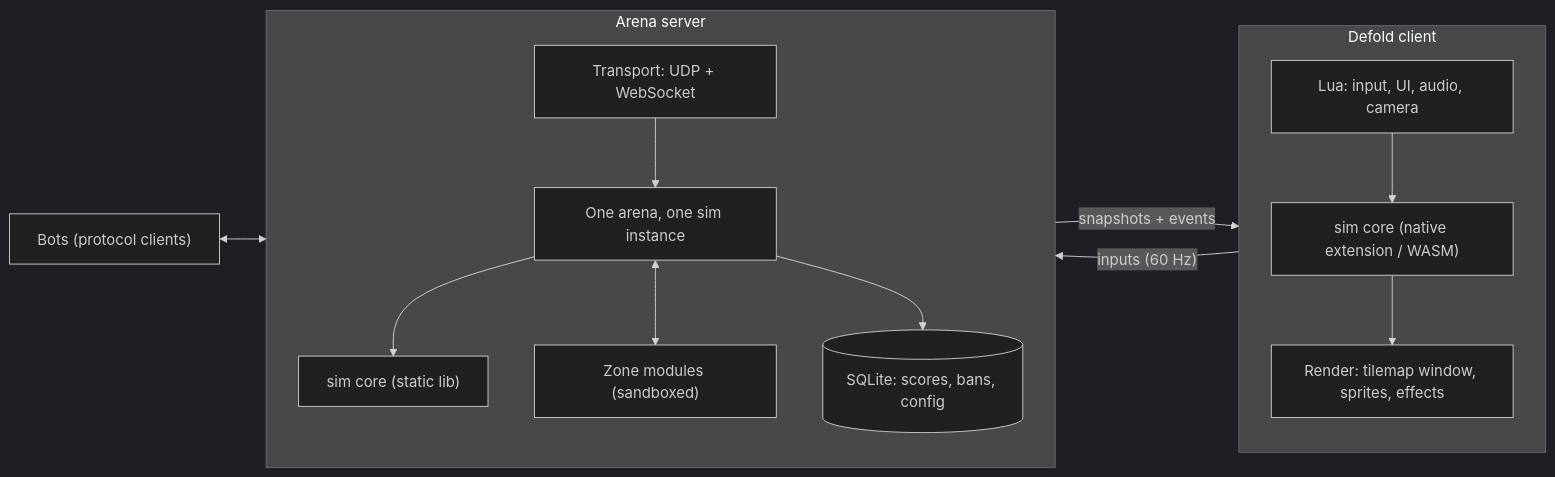
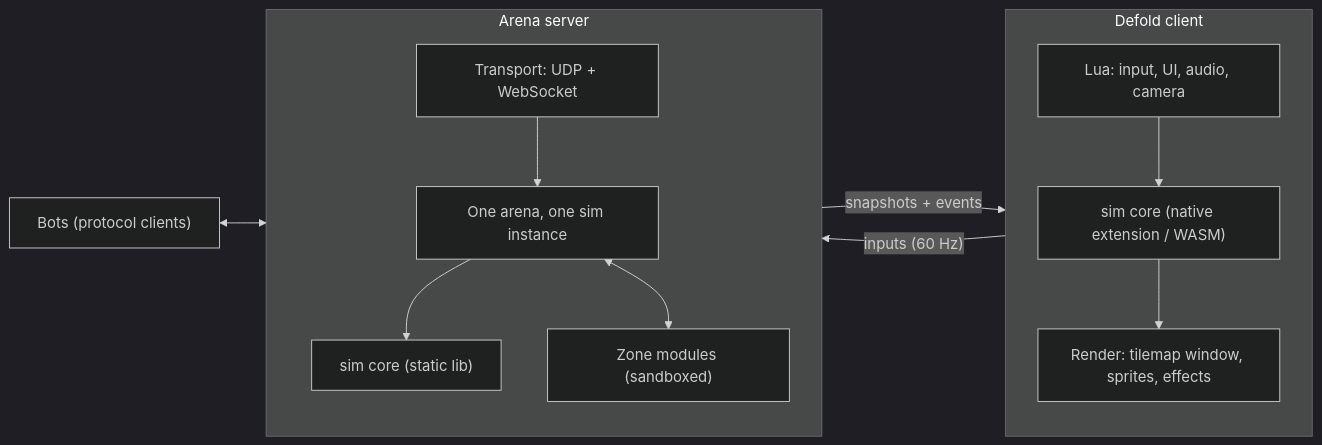
One commit to criccomini/vectorwake changed the diagram in docs/architecture/README.md. Above: the diagram before and after it, drawn with Mermaid (dark theme). The commit also changed 3 other files, not shown here.

````diff
--- a/docs/architecture/README.md
+++ b/docs/architecture/README.md
@@ -49,25 +49,23 @@
 ```mermaid
 flowchart LR
     subgraph Client["Defold client"]
         L["Lua: input, UI, audio, camera"]
         R["Render: tilemap window, sprites, effects"]
         SC1["sim core (native extension / WASM)"]
         L --> SC1
         SC1 --> R
     end
 
     subgraph Server["Arena server"]
         NET["Transport: UDP + WebSocket"]
         AR["One arena, one sim instance"]
         SC2["sim core (static lib)"]
         MOD["Zone modules (sandboxed)"]
-        DB[("SQLite: scores, bans, config")]
         NET --> AR --> SC2
         AR <--> MOD
-        AR --> DB
     end
 
     Client -- "inputs (60 Hz)" --> Server
     Server -- "snapshots + events" --> Client
     Bots["Bots (protocol clients)"] <--> Server
 ```
````
